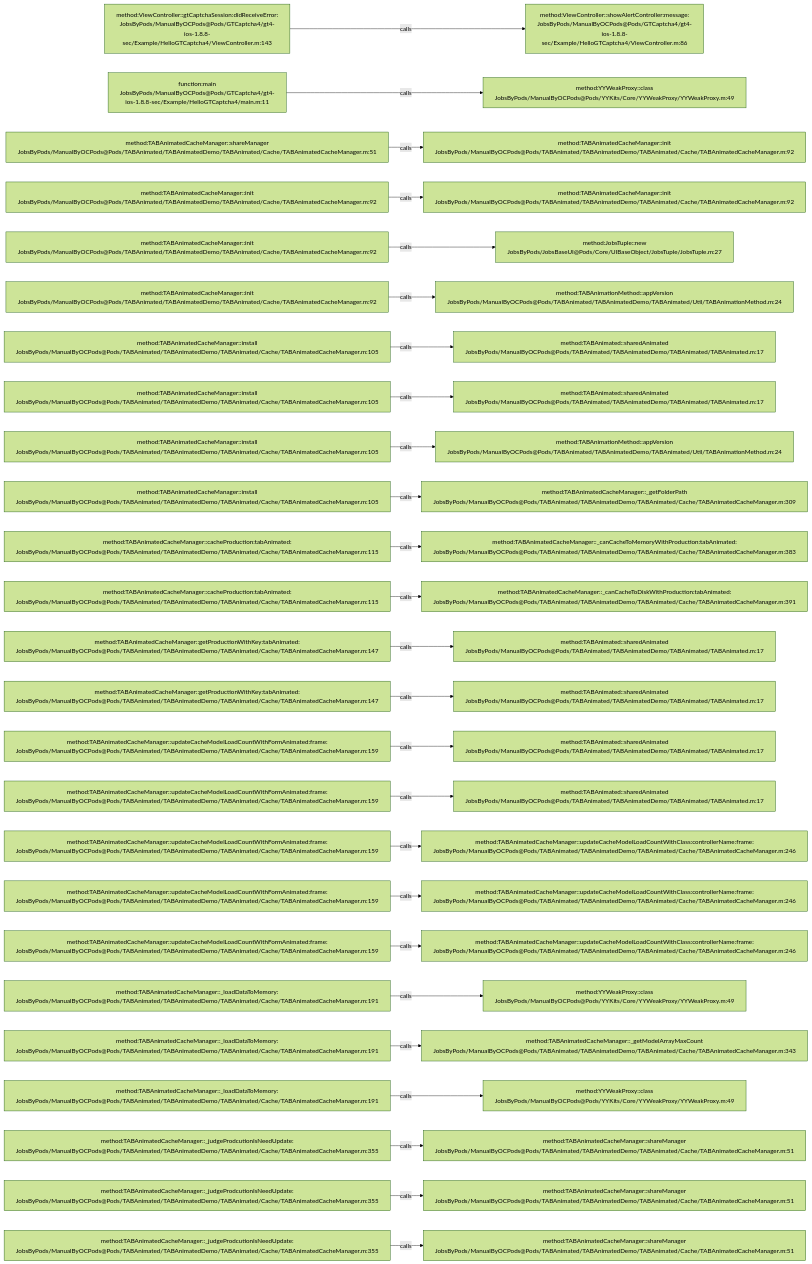
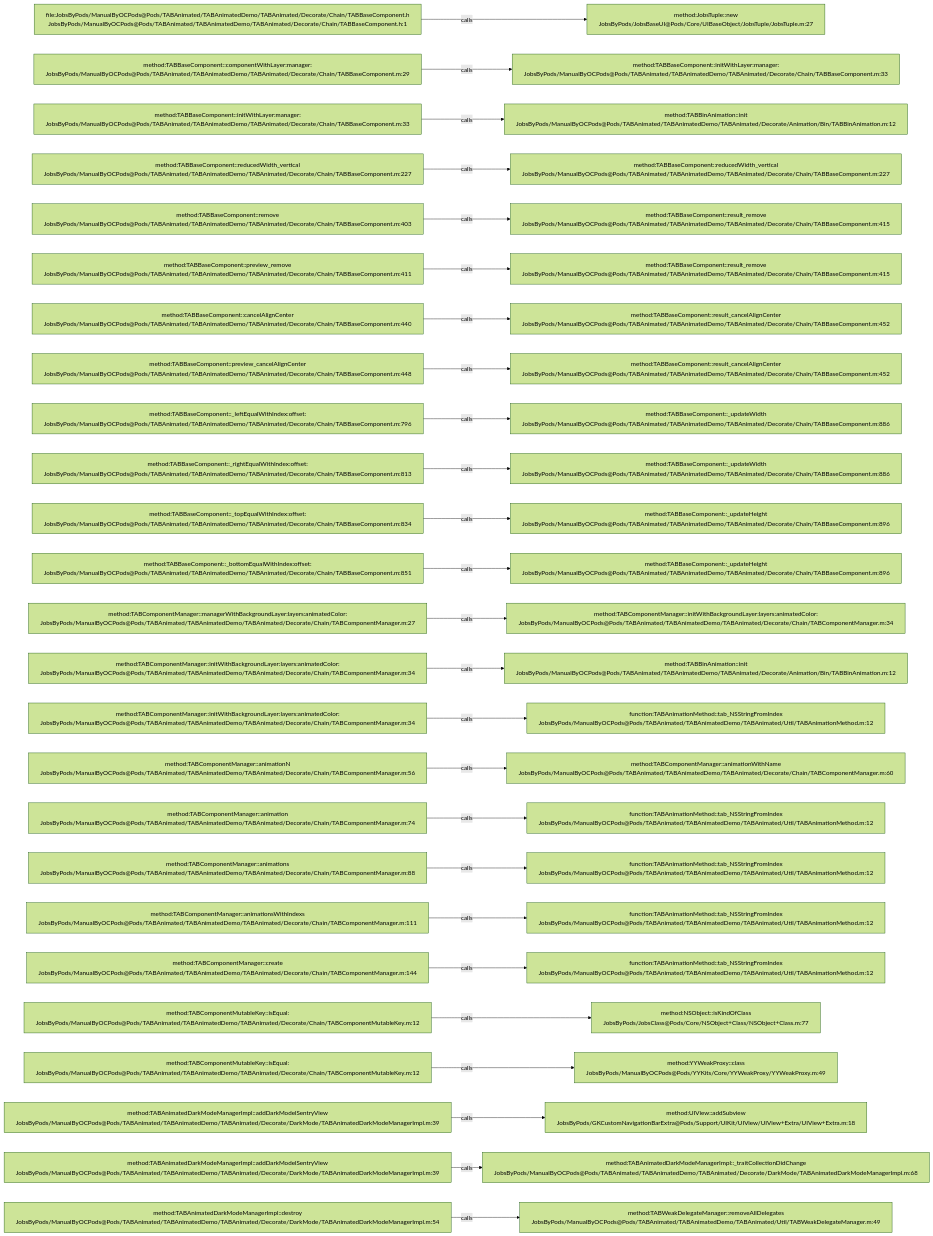
Before and after one commit to JobsKits/JobsOCBaseConfigDemo: the diagram in .codegraph/codegraph.md/graphs/calls-195.md, drawn with Mermaid (forest theme). The commit also changed 639 other files, not shown here.

````diff
--- a/.codegraph/codegraph.md/graphs/calls-195.md
+++ b/.codegraph/codegraph.md/graphs/calls-195.md
@@ -13,78 +13,78 @@
 ```mermaid
 flowchart LR
-  S1["method:ViewController::gtCaptchaSession:didReceiveError:<br/>JobsByPods/ManualByOCPods@Pods/GTCaptcha4/gt4-ios-1.8.8-sec/Example/HelloGTCaptcha4/ViewController.m:143"]
-  T1["method:ViewController::showAlertController:message:<br/>JobsByPods/ManualByOCPods@Pods/GTCaptcha4/gt4-ios-1.8.8-sec/Example/HelloGTCaptcha4/ViewController.m:86"]
+  S1["file:JobsByPods/ManualByOCPods@Pods/TABAnimated/TABAnimatedDemo/TABAnimated/Decorate/Chain/TABBaseComponent.h<br/>JobsByPods/ManualByOCPods@Pods/TABAnimated/TABAnimatedDemo/TABAnimated/Decorate/Chain/TABBaseComponent.h:1"]
+  T1["method:JobsTuple::new<br/>JobsByPods/JobsBaseUI@Pods/Core/UIBaseObject/JobsTuple/JobsTuple.m:27"]
   S1 -->|calls| T1
-  S2["function:main<br/>JobsByPods/ManualByOCPods@Pods/GTCaptcha4/gt4-ios-1.8.8-sec/Example/HelloGTCaptcha4/main.m:11"]
-  T2["method:YYWeakProxy::class<br/>JobsByPods/ManualByOCPods@Pods/YYKits/Core/YYWeakProxy/YYWeakProxy.m:49"]
+  S2["method:TABBaseComponent::componentWithLayer:manager:<br/>JobsByPods/ManualByOCPods@Pods/TABAnimated/TABAnimatedDemo/TABAnimated/Decorate/Chain/TABBaseComponent.m:29"]
+  T2["method:TABBaseComponent::initWithLayer:manager:<br/>JobsByPods/ManualByOCPods@Pods/TABAnimated/TABAnimatedDemo/TABAnimated/Decorate/Chain/TABBaseComponent.m:33"]
   S2 -->|calls| T2
-  S3["method:TABAnimatedCacheManager::shareManager<br/>JobsByPods/ManualByOCPods@Pods/TABAnimated/TABAnimatedDemo/TABAnimated/Cache/TABAnimatedCacheManager.m:51"]
-  T3["method:TABAnimatedCacheManager::init<br/>JobsByPods/ManualByOCPods@Pods/TABAnimated/TABAnimatedDemo/TABAnimated/Cache/TABAnimatedCacheManager.m:92"]
+  S3["method:TABBaseComponent::initWithLayer:manager:<br/>JobsByPods/ManualByOCPods@Pods/TABAnimated/TABAnimatedDemo/TABAnimated/Decorate/Chain/TABBaseComponent.m:33"]
+  T3["method:TABBinAnimation::init<br/>JobsByPods/ManualByOCPods@Pods/TABAnimated/TABAnimatedDemo/TABAnimated/Decorate/Animation/Bin/TABBinAnimation.m:12"]
   S3 -->|calls| T3
-  S4["method:TABAnimatedCacheManager::init<br/>JobsByPods/ManualByOCPods@Pods/TABAnimated/TABAnimatedDemo/TABAnimated/Cache/TABAnimatedCacheManager.m:92"]
-  T4["method:TABAnimatedCacheManager::init<br/>JobsByPods/ManualByOCPods@Pods/TABAnimated/TABAnimatedDemo/TABAnimated/Cache/TABAnimatedCacheManager.m:92"]
+  S4["method:TABBaseComponent::reducedWidth_vertical<br/>JobsByPods/ManualByOCPods@Pods/TABAnimated/TABAnimatedDemo/TABAnimated/Decorate/Chain/TABBaseComponent.m:227"]
+  T4["method:TABBaseComponent::reducedWidth_vertical<br/>JobsByPods/ManualByOCPods@Pods/TABAnimated/TABAnimatedDemo/TABAnimated/Decorate/Chain/TABBaseComponent.m:227"]
   S4 -->|calls| T4
-  S5["method:TABAnimatedCacheManager::init<br/>JobsByPods/ManualByOCPods@Pods/TABAnimated/TABAnimatedDemo/TABAnimated/Cache/TABAnimatedCacheManager.m:92"]
-  T5["method:JobsTuple::new<br/>JobsByPods/JobsBaseUI@Pods/Core/UIBaseObject/JobsTuple/JobsTuple.m:27"]
+  S5["method:TABBaseComponent::remove<br/>JobsByPods/ManualByOCPods@Pods/TABAnimated/TABAnimatedDemo/TABAnimated/Decorate/Chain/TABBaseComponent.m:403"]
+  T5["method:TABBaseComponent::result_remove<br/>JobsByPods/ManualByOCPods@Pods/TABAnimated/TABAnimatedDemo/TABAnimated/Decorate/Chain/TABBaseComponent.m:415"]
   S5 -->|calls| T5
-  S6["method:TABAnimatedCacheManager::init<br/>JobsByPods/ManualByOCPods@Pods/TABAnimated/TABAnimatedDemo/TABAnimated/Cache/TABAnimatedCacheManager.m:92"]
-  T6["method:TABAnimationMethod::appVersion<br/>JobsByPods/ManualByOCPods@Pods/TABAnimated/TABAnimatedDemo/TABAnimated/Util/TABAnimationMethod.m:24"]
+  S6["method:TABBaseComponent::preview_remove<br/>JobsByPods/ManualByOCPods@Pods/TABAnimated/TABAnimatedDemo/TABAnimated/Decorate/Chain/TABBaseComponent.m:411"]
+  T6["method:TABBaseComponent::result_remove<br/>JobsByPods/ManualByOCPods@Pods/TABAnimated/TABAnimatedDemo/TABAnimated/Decorate/Chain/TABBaseComponent.m:415"]
   S6 -->|calls| T6
-  S7["method:TABAnimatedCacheManager::install<br/>JobsByPods/ManualByOCPods@Pods/TABAnimated/TABAnimatedDemo/TABAnimated/Cache/TABAnimatedCacheManager.m:105"]
-  T7["method:TABAnimated::sharedAnimated<br/>JobsByPods/ManualByOCPods@Pods/TABAnimated/TABAnimatedDemo/TABAnimated/TABAnimated.m:17"]
+  S7["method:TABBaseComponent::cancelAlignCenter<br/>JobsByPods/ManualByOCPods@Pods/TABAnimated/TABAnimatedDemo/TABAnimated/Decorate/Chain/TABBaseComponent.m:440"]
+  T7["method:TABBaseComponent::result_cancelAlignCenter<br/>JobsByPods/ManualByOCPods@Pods/TABAnimated/TABAnimatedDemo/TABAnimated/Decorate/Chain/TABBaseComponent.m:452"]
   S7 -->|calls| T7
-  S8["method:TABAnimatedCacheManager::install<br/>JobsByPods/ManualByOCPods@Pods/TABAnimated/TABAnimatedDemo/TABAnimated/Cache/TABAnimatedCacheManager.m:105"]
-  T8["method:TABAnimated::sharedAnimated<br/>JobsByPods/ManualByOCPods@Pods/TABAnimated/TABAnimatedDemo/TABAnimated/TABAnimated.m:17"]
+  S8["method:TABBaseComponent::preview_cancelAlignCenter<br/>JobsByPods/ManualByOCPods@Pods/TABAnimated/TABAnimatedDemo/TABAnimated/Decorate/Chain/TABBaseComponent.m:448"]
+  T8["method:TABBaseComponent::result_cancelAlignCenter<br/>JobsByPods/ManualByOCPods@Pods/TABAnimated/TABAnimatedDemo/TABAnimated/Decorate/Chain/TABBaseComponent.m:452"]
   S8 -->|calls| T8
-  S9["method:TABAnimatedCacheManager::install<br/>JobsByPods/ManualByOCPods@Pods/TABAnimated/TABAnimatedDemo/TABAnimated/Cache/TABAnimatedCacheManager.m:105"]
-  T9["method:TABAnimationMethod::appVersion<br/>JobsByPods/ManualByOCPods@Pods/TABAnimated/TABAnimatedDemo/TABAnimated/Util/TABAnimationMethod.m:24"]
+  S9["method:TABBaseComponent::_leftEqualWithIndex:offset:<br/>JobsByPods/ManualByOCPods@Pods/TABAnimated/TABAnimatedDemo/TABAnimated/Decorate/Chain/TABBaseComponent.m:796"]
+  T9["method:TABBaseComponent::_updateWidth<br/>JobsByPods/ManualByOCPods@Pods/TABAnimated/TABAnimatedDemo/TABAnimated/Decorate/Chain/TABBaseComponent.m:886"]
   S9 -->|calls| T9
-  S10["method:TABAnimatedCacheManager::install<br/>JobsByPods/ManualByOCPods@Pods/TABAnimated/TABAnimatedDemo/TABAnimated/Cache/TABAnimatedCacheManager.m:105"]
-  T10["method:TABAnimatedCacheManager::_getFolderPath<br/>JobsByPods/ManualByOCPods@Pods/TABAnimated/TABAnimatedDemo/TABAnimated/Cache/TABAnimatedCacheManager.m:309"]
+  S10["method:TABBaseComponent::_rightEqualWithIndex:offset:<br/>JobsByPods/ManualByOCPods@Pods/TABAnimated/TABAnimatedDemo/TABAnimated/Decorate/Chain/TABBaseComponent.m:813"]
+  T10["method:TABBaseComponent::_updateWidth<br/>JobsByPods/ManualByOCPods@Pods/TABAnimated/TABAnimatedDemo/TABAnimated/Decorate/Chain/TABBaseComponent.m:886"]
   S10 -->|calls| T10
-  S11["method:TABAnimatedCacheManager::cacheProduction:tabAnimated:<br/>JobsByPods/ManualByOCPods@Pods/TABAnimated/TABAnimatedDemo/TABAnimated/Cache/TABAnimatedCacheManager.m:115"]
-  T11["method:TABAnimatedCacheManager::_canCacheToMemoryWithProduction:tabAnimated:<br/>JobsByPods/ManualByOCPods@Pods/TABAnimated/TABAnimatedDemo/TABAnimated/Cache/TABAnimatedCacheManager.m:383"]
+  S11["method:TABBaseComponent::_topEqualWithIndex:offset:<br/>JobsByPods/ManualByOCPods@Pods/TABAnimated/TABAnimatedDemo/TABAnimated/Decorate/Chain/TABBaseComponent.m:834"]
+  T11["method:TABBaseComponent::_updateHeight<br/>JobsByPods/ManualByOCPods@Pods/TABAnimated/TABAnimatedDemo/TABAnimated/Decorate/Chain/TABBaseComponent.m:896"]
   S11 -->|calls| T11
-  S12["method:TABAnimatedCacheManager::cacheProduction:tabAnimated:<br/>JobsByPods/ManualByOCPods@Pods/TABAnimated/TABAnimatedDemo/TABAnimated/Cache/TABAnimatedCacheManager.m:115"]
-  T12["method:TABAnimatedCacheManager::_canCacheToDiskWithProduction:tabAnimated:<br/>JobsByPods/ManualByOCPods@Pods/TABAnimated/TABAnimatedDemo/TABAnimated/Cache/TABAnimatedCacheManager.m:391"]
+  S12["method:TABBaseComponent::_bottomEqualWithIndex:offset:<br/>JobsByPods/ManualByOCPods@Pods/TABAnimated/TABAnimatedDemo/TABAnimated/Decorate/Chain/TABBaseComponent.m:851"]
+  T12["method:TABBaseComponent::_updateHeight<br/>JobsByPods/ManualByOCPods@Pods/TABAnimated/TABAnimatedDemo/TABAnimated/Decorate/Chain/TABBaseComponent.m:896"]
   S12 -->|calls| T12
-  S13["method:TABAnimatedCacheManager::getProductionWithKey:tabAnimated:<br/>JobsByPods/ManualByOCPods@Pods/TABAnimated/TABAnimatedDemo/TABAnimated/Cache/TABAnimatedCacheManager.m:147"]
-  T13["method:TABAnimated::sharedAnimated<br/>JobsByPods/ManualByOCPods@Pods/TABAnimated/TABAnimatedDemo/TABAnimated/TABAnimated.m:17"]
+  S13["method:TABComponentManager::managerWithBackgroundLayer:layers:animatedColor:<br/>JobsByPods/ManualByOCPods@Pods/TABAnimated/TABAnimatedDemo/TABAnimated/Decorate/Chain/TABComponentManager.m:27"]
+  T13["method:TABComponentManager::initWithBackgroundLayer:layers:animatedColor:<br/>JobsByPods/ManualByOCPods@Pods/TABAnimated/TABAnimatedDemo/TABAnimated/Decorate/Chain/TABComponentManager.m:34"]
   S13 -->|calls| T13
-  S14["method:TABAnimatedCacheManager::getProductionWithKey:tabAnimated:<br/>JobsByPods/ManualByOCPods@Pods/TABAnimated/TABAnimatedDemo/TABAnimated/Cache/TABAnimatedCacheManager.m:147"]
-  T14["method:TABAnimated::sharedAnimated<br/>JobsByPods/ManualByOCPods@Pods/TABAnimated/TABAnimatedDemo/TABAnimated/TABAnimated.m:17"]
+  S14["method:TABComponentManager::initWithBackgroundLayer:layers:animatedColor:<br/>JobsByPods/ManualByOCPods@Pods/TABAnimated/TABAnimatedDemo/TABAnimated/Decorate/Chain/TABComponentManager.m:34"]
+  T14["method:TABBinAnimation::init<br/>JobsByPods/ManualByOCPods@Pods/TABAnimated/TABAnimatedDemo/TABAnimated/Decorate/Animation/Bin/TABBinAnimation.m:12"]
   S14 -->|calls| T14
-  S15["method:TABAnimatedCacheManager::updateCacheModelLoadCountWithFormAnimated:frame:<br/>JobsByPods/ManualByOCPods@Pods/TABAnimated/TABAnimatedDemo/TABAnimated/Cache/TABAnimatedCacheManager.m:159"]
-  T15["method:TABAnimated::sharedAnimated<br/>JobsByPods/ManualByOCPods@Pods/TABAnimated/TABAnimatedDemo/TABAnimated/TABAnimated.m:17"]
+  S15["method:TABComponentManager::initWithBackgroundLayer:layers:animatedColor:<br/>JobsByPods/ManualByOCPods@Pods/TABAnimated/TABAnimatedDemo/TABAnimated/Decorate/Chain/TABComponentManager.m:34"]
+  T15["function:TABAnimationMethod::tab_NSStringFromIndex<br/>JobsByPods/ManualByOCPods@Pods/TABAnimated/TABAnimatedDemo/TABAnimated/Util/TABAnimationMethod.m:12"]
   S15 -->|calls| T15
-  S16["method:TABAnimatedCacheManager::updateCacheModelLoadCountWithFormAnimated:frame:<br/>JobsByPods/ManualByOCPods@Pods/TABAnimated/TABAnimatedDemo/TABAnimated/Cache/TABAnimatedCacheManager.m:159"]
-  T16["method:TABAnimated::sharedAnimated<br/>JobsByPods/ManualByOCPods@Pods/TABAnimated/TABAnimatedDemo/TABAnimated/TABAnimated.m:17"]
+  S16["method:TABComponentManager::animationN<br/>JobsByPods/ManualByOCPods@Pods/TABAnimated/TABAnimatedDemo/TABAnimated/Decorate/Chain/TABComponentManager.m:56"]
+  T16["method:TABComponentManager::animationWithName<br/>JobsByPods/ManualByOCPods@Pods/TABAnimated/TABAnimatedDemo/TABAnimated/Decorate/Chain/TABComponentManager.m:60"]
   S16 -->|calls| T16
-  S17["method:TABAnimatedCacheManager::updateCacheModelLoadCountWithFormAnimated:frame:<br/>JobsByPods/ManualByOCPods@Pods/TABAnimated/TABAnimatedDemo/TABAnimated/Cache/TABAnimatedCacheManager.m:159"]
-  T17["method:TABAnimatedCacheManager::updateCacheModelLoadCountWithClass:controllerName:frame:<br/>JobsByPods/ManualByOCPods@Pods/TABAnimated/TABAnimatedDemo/TABAnimated/Cache/TABAnimatedCacheManager.m:246"]
+  S17["method:TABComponentManager::animation<br/>JobsByPods/ManualByOCPods@Pods/TABAnimated/TABAnimatedDemo/TABAnimated/Decorate/Chain/TABComponentManager.m:74"]
+  T17["function:TABAnimationMethod::tab_NSStringFromIndex<br/>JobsByPods/ManualByOCPods@Pods/TABAnimated/TABAnimatedDemo/TABAnimated/Util/TABAnimationMethod.m:12"]
   S17 -->|calls| T17
-  S18["method:TABAnimatedCacheManager::updateCacheModelLoadCountWithFormAnimated:frame:<br/>JobsByPods/ManualByOCPods@Pods/TABAnimated/TABAnimatedDemo/TABAnimated/Cache/TABAnimatedCacheManager.m:159"]
-  T18["method:TABAnimatedCacheManager::updateCacheModelLoadCountWithClass:controllerName:frame:<br/>JobsByPods/ManualByOCPods@Pods/TABAnimated/TABAnimatedDemo/TABAnimated/Cache/TABAnimatedCacheManager.m:246"]
+  S18["method:TABComponentManager::animations<br/>JobsByPods/ManualByOCPods@Pods/TABAnimated/TABAnimatedDemo/TABAnimated/Decorate/Chain/TABComponentManager.m:88"]
+  T18["function:TABAnimationMethod::tab_NSStringFromIndex<br/>JobsByPods/ManualByOCPods@Pods/TABAnimated/TABAnimatedDemo/TABAnimated/Util/TABAnimationMethod.m:12"]
   S18 -->|calls| T18
-  S19["method:TABAnimatedCacheManager::updateCacheModelLoadCountWithFormAnimated:frame:<br/>JobsByPods/ManualByOCPods@Pods/TABAnimated/TABAnimatedDemo/TABAnimated/Cache/TABAnimatedCacheManager.m:159"]
-  T19["method:TABAnimatedCacheManager::updateCacheModelLoadCountWithClass:controllerName:frame:<br/>JobsByPods/ManualByOCPods@Pods/TABAnimated/TABAnimatedDemo/TABAnimated/Cache/TABAnimatedCacheManager.m:246"]
+  S19["method:TABComponentManager::animationsWithIndexs<br/>JobsByPods/ManualByOCPods@Pods/TABAnimated/TABAnimatedDemo/TABAnimated/Decorate/Chain/TABComponentManager.m:111"]
+  T19["function:TABAnimationMethod::tab_NSStringFromIndex<br/>JobsByPods/ManualByOCPods@Pods/TABAnimated/TABAnimatedDemo/TABAnimated/Util/TABAnimationMethod.m:12"]
   S19 -->|calls| T19
-  S20["method:TABAnimatedCacheManager::_loadDataToMemory:<br/>JobsByPods/ManualByOCPods@Pods/TABAnimated/TABAnimatedDemo/TABAnimated/Cache/TABAnimatedCacheManager.m:191"]
-  T20["method:YYWeakProxy::class<br/>JobsByPods/ManualByOCPods@Pods/YYKits/Core/YYWeakProxy/YYWeakProxy.m:49"]
+  S20["method:TABComponentManager::create<br/>JobsByPods/ManualByOCPods@Pods/TABAnimated/TABAnimatedDemo/TABAnimated/Decorate/Chain/TABComponentManager.m:144"]
+  T20["function:TABAnimationMethod::tab_NSStringFromIndex<br/>JobsByPods/ManualByOCPods@Pods/TABAnimated/TABAnimatedDemo/TABAnimated/Util/TABAnimationMethod.m:12"]
   S20 -->|calls| T20
-  S21["method:TABAnimatedCacheManager::_loadDataToMemory:<br/>JobsByPods/ManualByOCPods@Pods/TABAnimated/TABAnimatedDemo/TABAnimated/Cache/TABAnimatedCacheManager.m:191"]
-  T21["method:TABAnimatedCacheManager::_getModelArrayMaxCount<br/>JobsByPods/ManualByOCPods@Pods/TABAnimated/TABAnimatedDemo/TABAnimated/Cache/TABAnimatedCacheManager.m:343"]
+  S21["method:TABComponentMutableKey::isEqual:<br/>JobsByPods/ManualByOCPods@Pods/TABAnimated/TABAnimatedDemo/TABAnimated/Decorate/Chain/TABComponentMutableKey.m:12"]
+  T21["method:NSObject::isKindOfClass<br/>JobsByPods/JobsClass@Pods/Core/NSObject+Class/NSObject+Class.m:77"]
   S21 -->|calls| T21
-  S22["method:TABAnimatedCacheManager::_loadDataToMemory:<br/>JobsByPods/ManualByOCPods@Pods/TABAnimated/TABAnimatedDemo/TABAnimated/Cache/TABAnimatedCacheManager.m:191"]
+  S22["method:TABComponentMutableKey::isEqual:<br/>JobsByPods/ManualByOCPods@Pods/TABAnimated/TABAnimatedDemo/TABAnimated/Decorate/Chain/TABComponentMutableKey.m:12"]
   T22["method:YYWeakProxy::class<br/>JobsByPods/ManualByOCPods@Pods/YYKits/Core/YYWeakProxy/YYWeakProxy.m:49"]
   S22 -->|calls| T22
-  S23["method:TABAnimatedCacheManager::_judgeProdcutionIsNeedUpdate:<br/>JobsByPods/ManualByOCPods@Pods/TABAnimated/TABAnimatedDemo/TABAnimated/Cache/TABAnimatedCacheManager.m:355"]
-  T23["method:TABAnimatedCacheManager::shareManager<br/>JobsByPods/ManualByOCPods@Pods/TABAnimated/TABAnimatedDemo/TABAnimated/Cache/TABAnimatedCacheManager.m:51"]
+  S23["method:TABAnimatedDarkModeManagerImpl::addDarkModelSentryView<br/>JobsByPods/ManualByOCPods@Pods/TABAnimated/TABAnimatedDemo/TABAnimated/Decorate/DarkMode/TABAnimatedDarkModeManagerImpl.m:39"]
+  T23["method:UIView::addSubview<br/>JobsByPods/GKCustomNavigationBarExtra@Pods/Support/UIKit/UIView/UIView+Extra/UIView+Extra.m:18"]
   S23 -->|calls| T23
-  S24["method:TABAnimatedCacheManager::_judgeProdcutionIsNeedUpdate:<br/>JobsByPods/ManualByOCPods@Pods/TABAnimated/TABAnimatedDemo/TABAnimated/Cache/TABAnimatedCacheManager.m:355"]
-  T24["method:TABAnimatedCacheManager::shareManager<br/>JobsByPods/ManualByOCPods@Pods/TABAnimated/TABAnimatedDemo/TABAnimated/Cache/TABAnimatedCacheManager.m:51"]
+  S24["method:TABAnimatedDarkModeManagerImpl::addDarkModelSentryView<br/>JobsByPods/ManualByOCPods@Pods/TABAnimated/TABAnimatedDemo/TABAnimated/Decorate/DarkMode/TABAnimatedDarkModeManagerImpl.m:39"]
+  T24["method:TABAnimatedDarkModeManagerImpl::_traitCollectionDidChange<br/>JobsByPods/ManualByOCPods@Pods/TABAnimated/TABAnimatedDemo/TABAnimated/Decorate/DarkMode/TABAnimatedDarkModeManagerImpl.m:68"]
   S24 -->|calls| T24
-  S25["method:TABAnimatedCacheManager::_judgeProdcutionIsNeedUpdate:<br/>JobsByPods/ManualByOCPods@Pods/TABAnimated/TABAnimatedDemo/TABAnimated/Cache/TABAnimatedCacheManager.m:355"]
-  T25["method:TABAnimatedCacheManager::shareManager<br/>JobsByPods/ManualByOCPods@Pods/TABAnimated/TABAnimatedDemo/TABAnimated/Cache/TABAnimatedCacheManager.m:51"]
+  S25["method:TABAnimatedDarkModeManagerImpl::destroy<br/>JobsByPods/ManualByOCPods@Pods/TABAnimated/TABAnimatedDemo/TABAnimated/Decorate/DarkMode/TABAnimatedDarkModeManagerImpl.m:54"]
+  T25["method:TABWeakDelegateManager::removeAllDelegates<br/>JobsByPods/ManualByOCPods@Pods/TABAnimated/TABAnimatedDemo/TABAnimated/Util/TABWeakDelegateManager.m:49"]
   S25 -->|calls| T25
 ```
````
